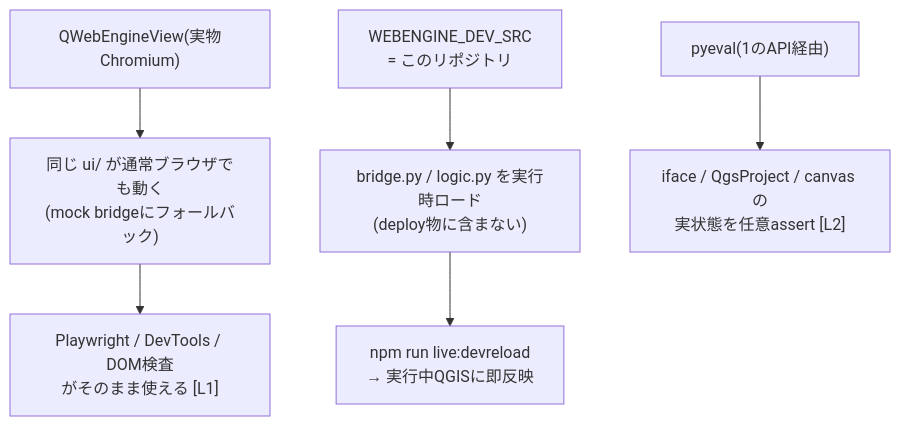
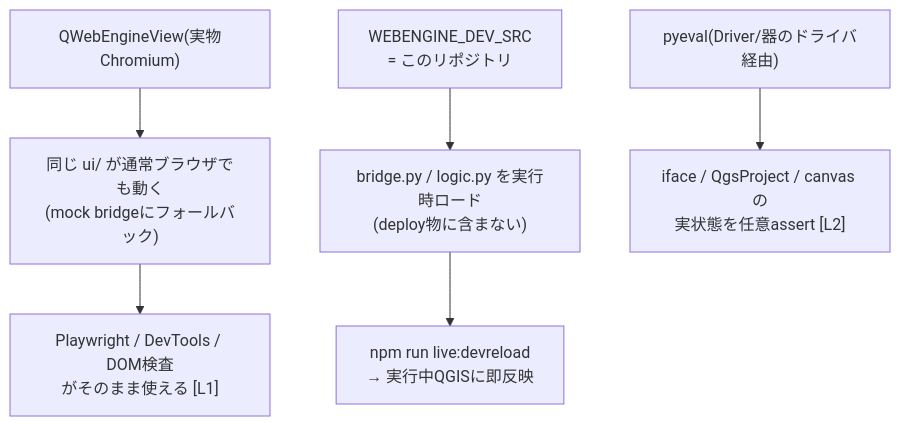
The fourth of 4 diagrams in README.md (yamamoto-ryuzo/qgis_live_harness), drawn with Mermaid before and after one commit. The commit also changed other lines of this file and 1 other file, not shown here.

First line of the commit message:
Restructure README around two layers: Harness foundation + generic Driver

````diff
--- a/README.md
+++ b/README.md
@@ -197,17 +210,17 @@
 ```mermaid
 flowchart TD
     WEB["QWebEngineView(実物Chromium)"]
     BROWSER["同じ ui/ が通常ブラウザでも動く<br/>(mock bridgeにフォールバック)"]
     PW["Playwright / DevTools / DOM検査<br/>がそのまま使える [L1]"]
 
     SRC["WEBENGINE_DEV_SRC<br/>= このリポジトリ"]
     LOAD["bridge.py / logic.py を実行時ロード<br/>(deploy物に含まない)"]
     DR["npm run live:devreload<br/>→ 実行中QGISに即反映"]
 
-    PY["pyeval(1のAPI経由)"]
+    PY["pyeval(Driver/器のドライバ経由)"]
     ASSERT["iface / QgsProject / canvas の<br/>実状態を任意assert [L2]"]
 
     WEB --> BROWSER --> PW
     SRC --> LOAD --> DR
     PY --> ASSERT
 ```
````
